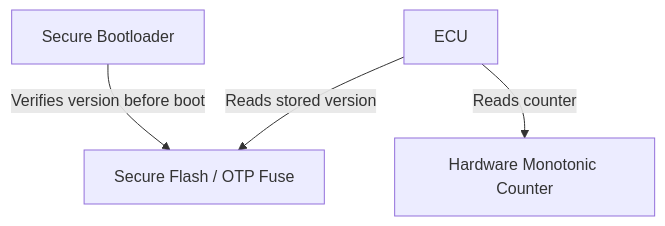
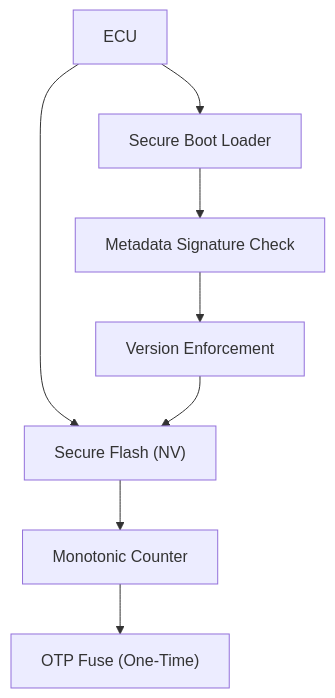
Before and after one commit to CagriCatik/Clarion: the second of 2 diagrams in outputs/03_protection-rollback_doc.md, drawn with Mermaid. The commit also changed other lines of this file and 9 other files, not shown here.

````diff
--- a/outputs/03_protection-rollback_doc.md
+++ b/outputs/03_protection-rollback_doc.md
@@ -50,11 +38,10 @@
 ```mermaid
 graph TD
-    ECU["ECU"]
-    SecureFlash["Secure Flash / OTP Fuse"]
-    MonotonicCounter["Hardware Monotonic Counter"]
-    Bootloader["Secure Bootloader"]
-
-    ECU -- "Reads stored version" --> SecureFlash
-    ECU -- "Reads counter" --> MonotonicCounter
-    Bootloader -- "Verifies version before boot" --> SecureFlash
+    ECU["ECU"] --> Secure_Flash["Secure Flash (NV)"]
+    Secure_Flash --> Version_Counter["Monotonic Counter"]
+    Version_Counter --> OTP_Fuse["OTP Fuse (One‑Time)"]
+    ECU --> Secure_Boot["Secure Boot Loader"]
+    Secure_Boot --> Verify_Metadata["Metadata Signature Check"]
+    Verify_Metadata --> Verify_Version["Version Enforcement"]
+    Verify_Version --> Secure_Flash
 ```
````
